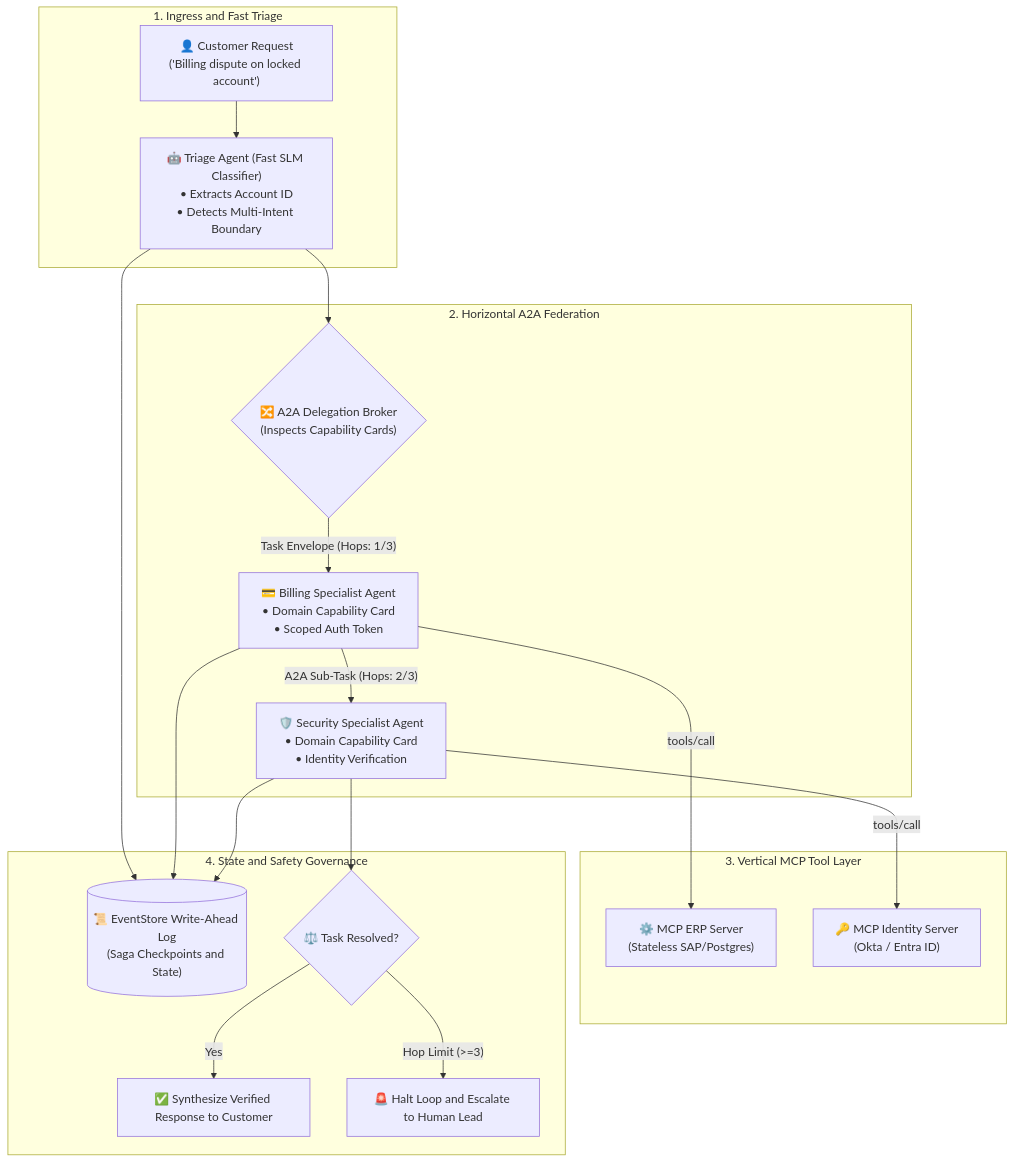
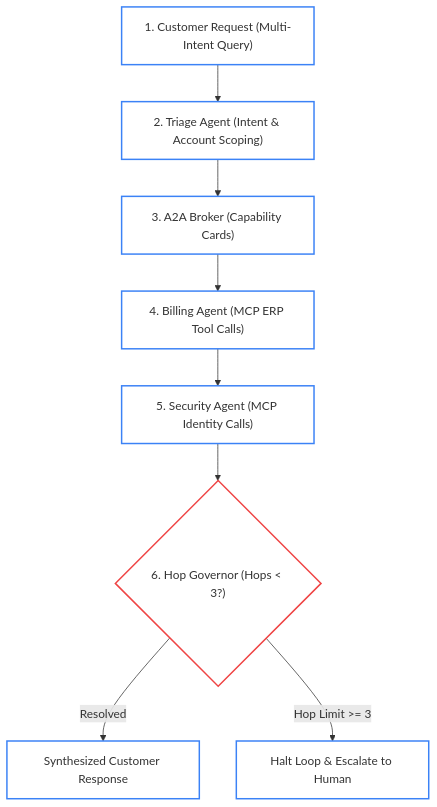
The first of 2 diagrams in use-cases/use-case-06-agent-swarms-a2a.md (dip4k/senior-engineer-to-ai-engineer-roadmap), drawn with Mermaid before and after one commit. The commit also changed other lines of this file and 49 other files, not shown here.

First line of the commit message:
feat(curriculum): complete 2026 refactoring across roadmaps, use-cases, labs, and agent-forge

````diff
--- a/use-cases/use-case-06-agent-swarms-a2a.md
+++ b/use-cases/use-case-06-agent-swarms-a2a.md
@@ -24,29 +25,21 @@
 ```mermaid
 flowchart TD
-    subgraph IngressLayer["1. Ingress and Fast Triage"]
-        Customer["👤 Customer Request<br>('Billing dispute on locked account')"] --> Triage["🤖 Triage Agent (Fast SLM Classifier)<br>• Extracts Account ID<br>• Detects Multi-Intent Boundary"]
-    end
+    User["1. Customer Request (Multi-Intent Query)"]
+    Triage["2. Triage Agent (Intent & Account Scoping)"]
+    Broker["3. A2A Broker (Capability Cards)"]
+    Billing["4. Billing Agent (MCP ERP Tool Calls)"]
+    SecAgent["5. Security Agent (MCP Identity Calls)"]
+    Governor{"6. Hop Governor (Hops < 3?)"}
 
-    subgraph A2A_Mesh["2. Horizontal A2A Federation"]
-        Triage --> Router{"🔀 A2A Delegation Broker<br>(Inspects Capability Cards)"}
-        
-        Router -->|"Task Envelope (Hops: 1/3)"| Billing["💳 Billing Specialist Agent<br>• Domain Capability Card<br>• Scoped Auth Token"]
-        
-        Billing -->|"A2A Sub-Task (Hops: 2/3)"| SecAgent["🛡️ Security Specialist Agent<br>• Domain Capability Card<br>• Identity Verification"]
-    end
+    User --> Triage
+    Triage --> Broker
+    Broker --> Billing
+    Billing --> SecAgent
+    SecAgent --> Governor
+    Governor -- "Resolved" --> Response["Synthesized Customer Response"]
+    Governor -- "Hop Limit >= 3" --> Escalate["Halt Loop & Escalate to Human"]
 
-    subgraph MCP_Layer["3. Vertical MCP Tool Layer"]
-        Billing -->|"tools/call"| MCP_ERP["⚙️ MCP ERP Server<br>(Stateless SAP/Postgres)"]
-        SecAgent -->|"tools/call"| MCP_Okta["🔑 MCP Identity Server<br>(Okta / Entra ID)"]
-    end
-
-    subgraph Governance["4. State and Safety Governance"]
-        Triage --> WAL[("📜 EventStore Write-Ahead Log<br>(Saga Checkpoints and State)")]
-        Billing --> WAL
-        SecAgent --> WAL
-        
-        SecAgent --> Complete{"⚖️ Task Resolved?"}
-        Complete -- "Yes" --> Response["✅ Synthesize Verified Response to Customer"]
-        Complete -- "Hop Limit (>=3)" --> HITL["🚨 Halt Loop and Escalate to Human Lead"]
-    end
+    classDef default fill:none,stroke:#3b82f6,stroke-width:2px;
+    classDef gate fill:none,stroke:#ef4444,stroke-width:2px;
+    class Governor gate;
 ```
````
